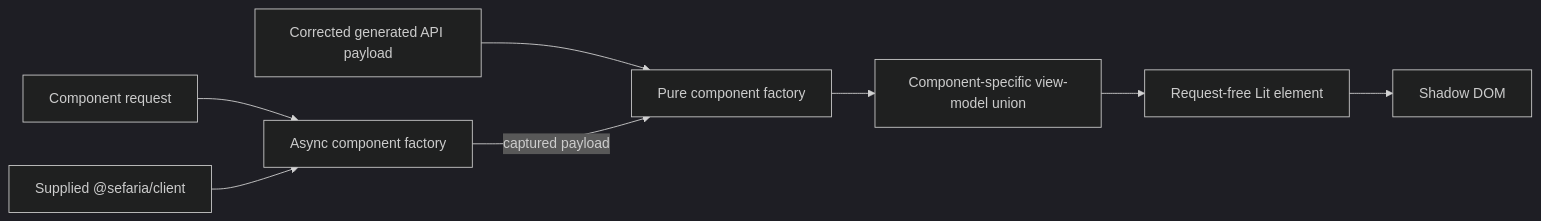
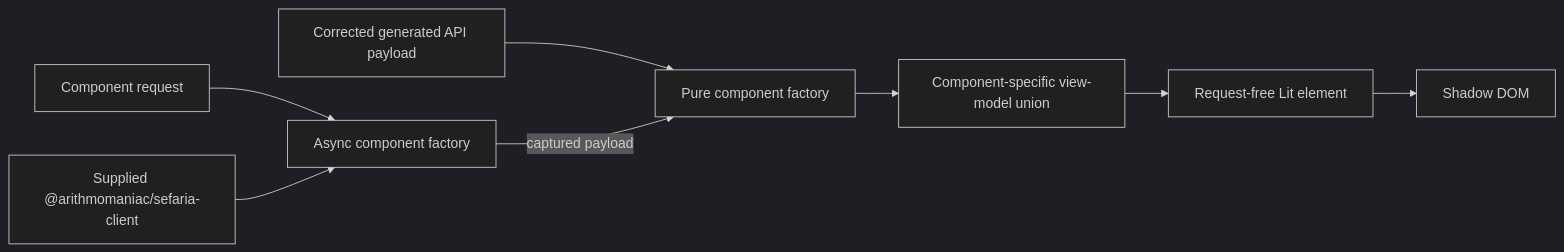
One commit to Arithmomaniac/sefaria-frontend-toolkit changed the first of 3 diagrams in docs/specs/components.md. Above: the diagram before and after it, drawn with Mermaid (dark theme). The commit also changed other lines of this file and 130 other files, not shown here.

````diff
--- a/docs/specs/components.md
+++ b/docs/specs/components.md
@@ -13,10 +13,10 @@
 ```mermaid
 flowchart LR
     PAYLOAD["Corrected generated API payload"] --> PURE["Pure component factory"]
     PURE --> VM["Component-specific view-model union"]
     VM --> ELEMENT["Request-free Lit element"]
     ELEMENT --> DOM["Shadow DOM"]
     REQUEST["Component request"] --> ASYNC["Async component factory"]
-    CLIENT["Supplied @sefaria/client"] --> ASYNC
+    CLIENT["Supplied @arithmomaniac/sefaria-client"] --> ASYNC
     ASYNC -->|"captured payload"| PURE
 ```
````
